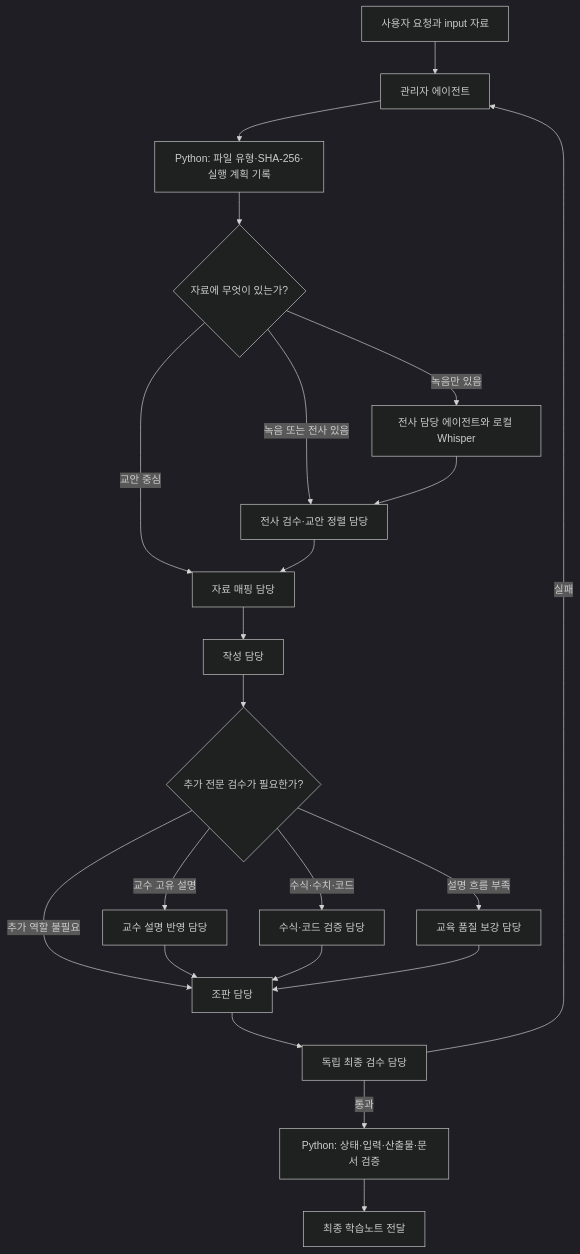
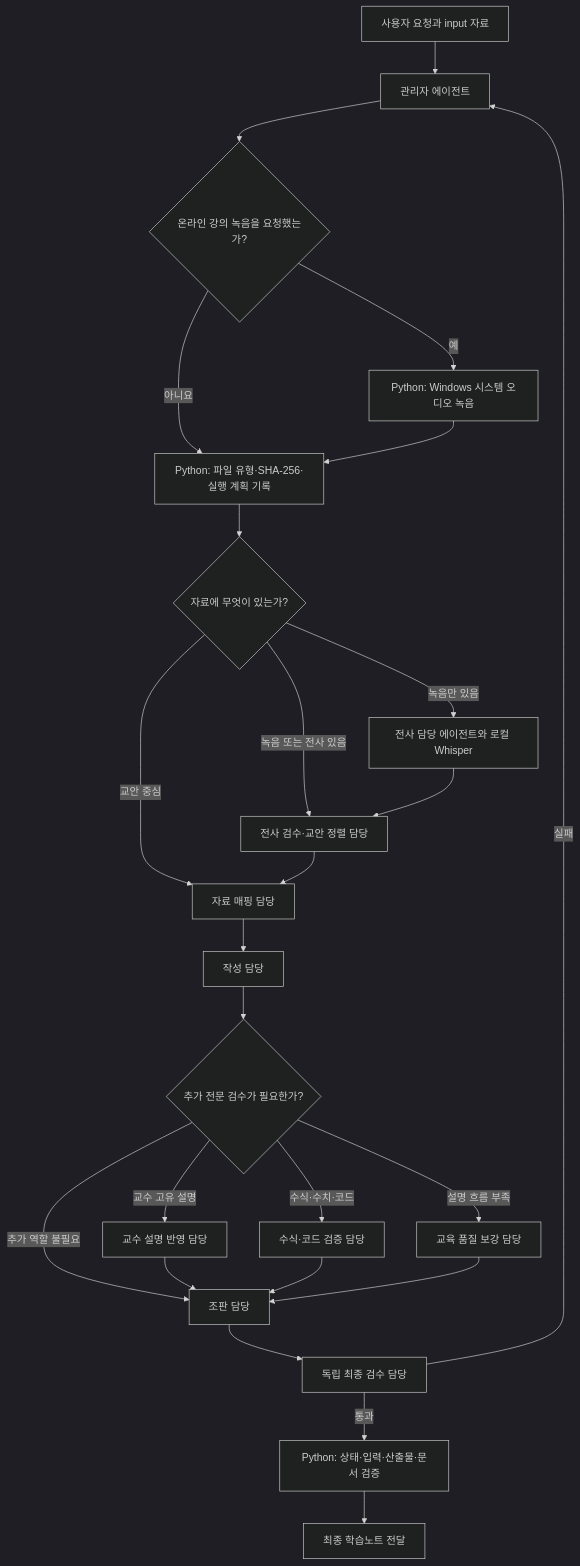
The diagram in README.md (choconyam/gongbu-haja), drawn with Mermaid (dark theme) before and after one commit. The commit also changed other lines of this file and 21 other files, not shown here.

````diff
--- a/README.md
+++ b/README.md
@@ -152,24 +154,27 @@
 ```mermaid
 flowchart TD
     U["사용자 요청과 input 자료"] --> M["관리자 에이전트"]
-    M --> P["Python: 파일 유형·SHA-256·실행 계획 기록"]
+    M --> Q{"온라인 강의 녹음을 요청했는가?"}
+    Q -->|"예"| G["Python: Windows 시스템 오디오 녹음"]
+    Q -->|"아니요"| P["Python: 파일 유형·SHA-256·실행 계획 기록"]
+    G --> P
     P --> D{"자료에 무엇이 있는가?"}
     D -->|"녹음만 있음"| T["전사 담당 에이전트와 로컬 Whisper"]
     D -->|"녹음 또는 전사 있음"| A["전사 검수·교안 정렬 담당"]
     D -->|"교안 중심"| S["자료 매핑 담당"]
     T --> A
     A --> S
     S --> W["작성 담당"]
     W --> C{"추가 전문 검수가 필요한가?"}
     C -->|"교수 고유 설명"| I["교수 설명 반영 담당"]
     C -->|"수식·수치·코드"| F["수식·코드 검증 담당"]
     C -->|"설명 흐름 부족"| E["교육 품질 보강 담당"]
     C -->|"추가 역할 불필요"| L["조판 담당"]
     I --> L
     F --> L
     E --> L
     L --> R["독립 최종 검수 담당"]
     R -->|"실패"| M
     R -->|"통과"| V["Python: 상태·입력·산출물·문서 검증"]
     V --> O["최종 학습노트 전달"]
 ```
````
